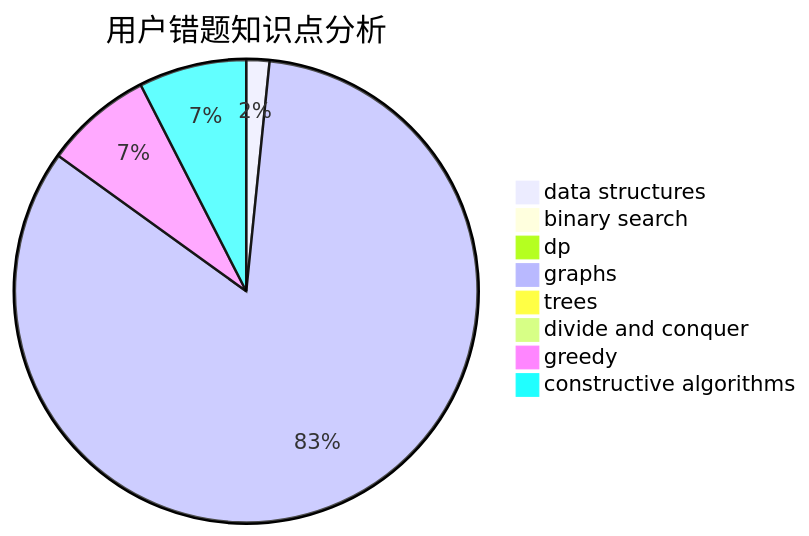
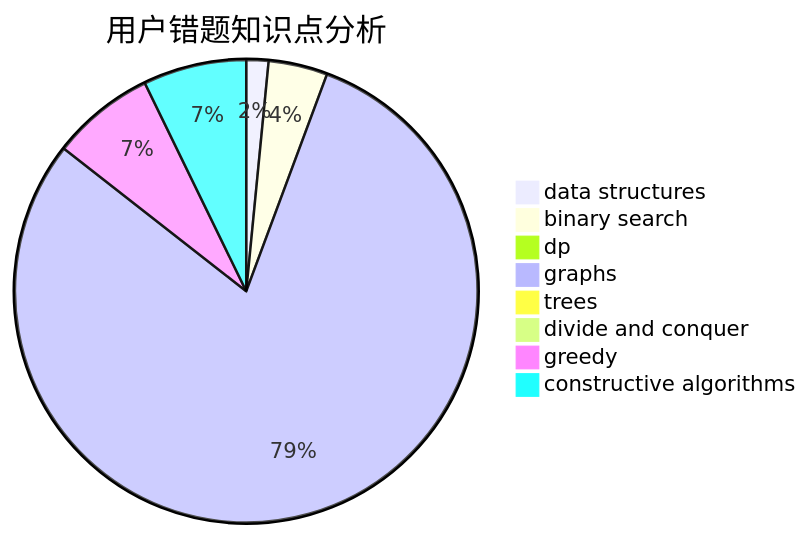
Before and after one commit to sherpahu/cfrs.github.io: the third of 3 diagrams in docs/user/u2369.md, drawn with Mermaid. The commit also changed other lines of this file and 2770 other files, not shown here.

````diff
--- a/docs/user/u2369.md
+++ b/docs/user/u2369.md
@@ -36,11 +36,11 @@
 ```mermaid
 pie title 用户错题知识点分析
     "data structures" :  3
-    "binary search" :  0
+    "binary search" :  8
     "dp" :  1
     "graphs" :  155
     "trees" :  0
     "divide and conquer" :  0
     "greedy" :  14
     "constructive algorithms" :  14
 ```
````
